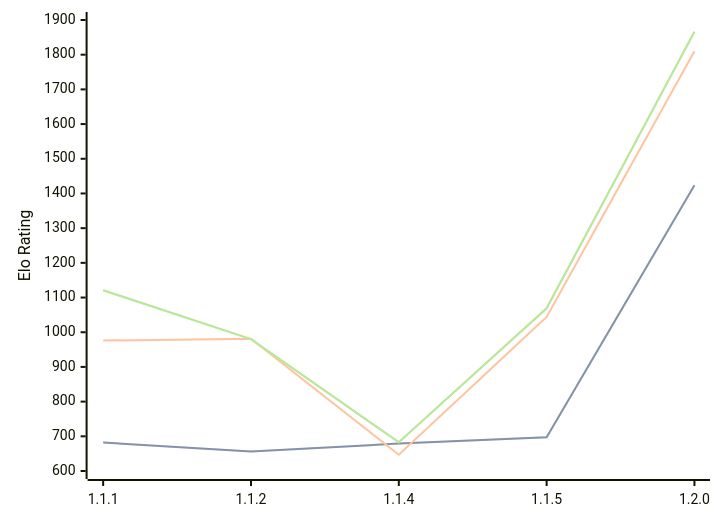
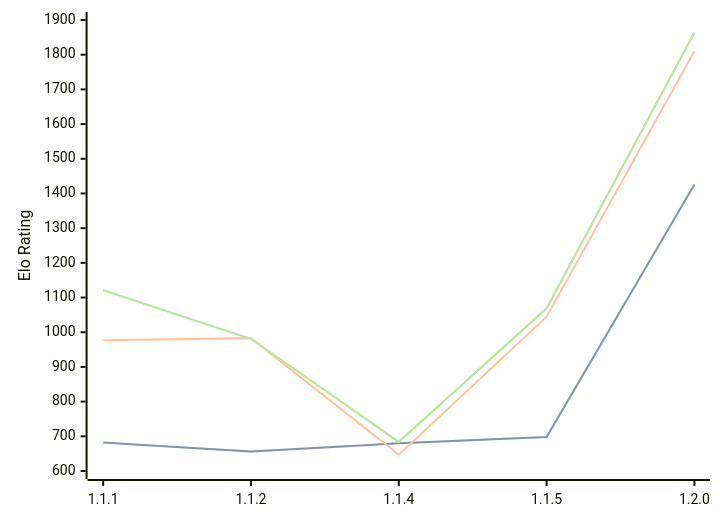
Before and after one commit to computer-chess-index/cci: the diagram in engines/ChessCore.md, drawn with Mermaid. The commit also changed other lines of this file, not shown here.

Commit message:
Update CCI Ratings (ELO VLTC) - 2026-08-15

````diff
--- a/engines/ChessCore.md
+++ b/engines/ChessCore.md
@@ -36,11 +36,11 @@
 ```mermaid
 %%{init: {"theme":"base","themeVariables":{"seriesColors:['#a3a3a3','#222221','#faa371']}}}%%
 xychart-beta
   x-axis ["1.1.1", "1.1.2", "1.1.4", "1.1.5", "1.2.0"]
   y-axis "Elo Rating" 600 --> 1900
-  line "STC (8.0+0.08s)" [682, 656, 679, 697, 1424]
-  line "STC (8.0+0.08s)" [682, 656, 679, 697, 1424]
-  line "LTC (60.0+0.60s)" [976, 981, 647, 1044, 1810]
-  line "VLTC (2m24s+1.12s)" [1121, 980, 683, 1069, 1866]
-  line "VLTC (2m24s+1.12s)" [1121, 980, 683, 1069, 1866]
+  line "STC (8.0+0.08s)" [682, 656, 680, 698, 1426]
+  line "STC (8.0+0.08s)" [682, 656, 680, 698, 1426]
+  line "LTC (60.0+0.60s)" [977, 983, 647, 1045, 1810]
+  line "VLTC (2m24s+1.12s)" [1121, 981, 684, 1069, 1864]
+  line "VLTC (2m24s+1.12s)" [1121, 981, 684, 1069, 1864]
 ```
````
